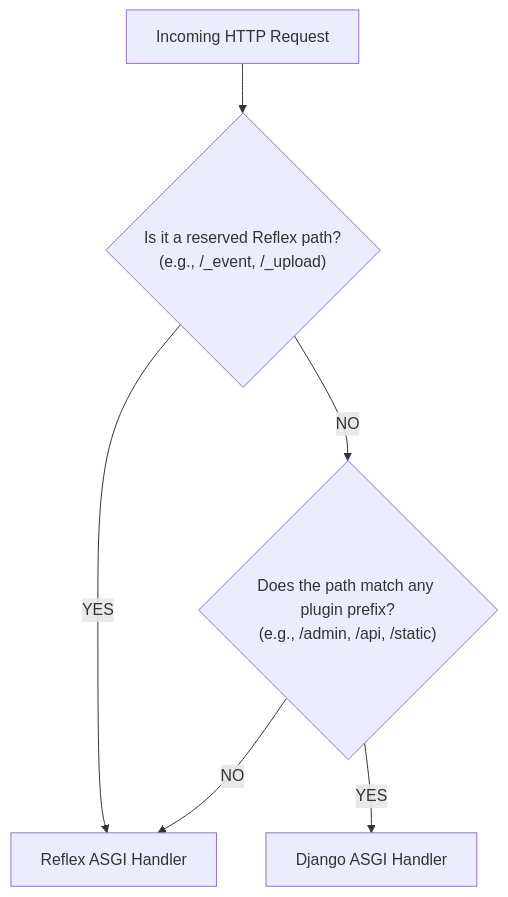
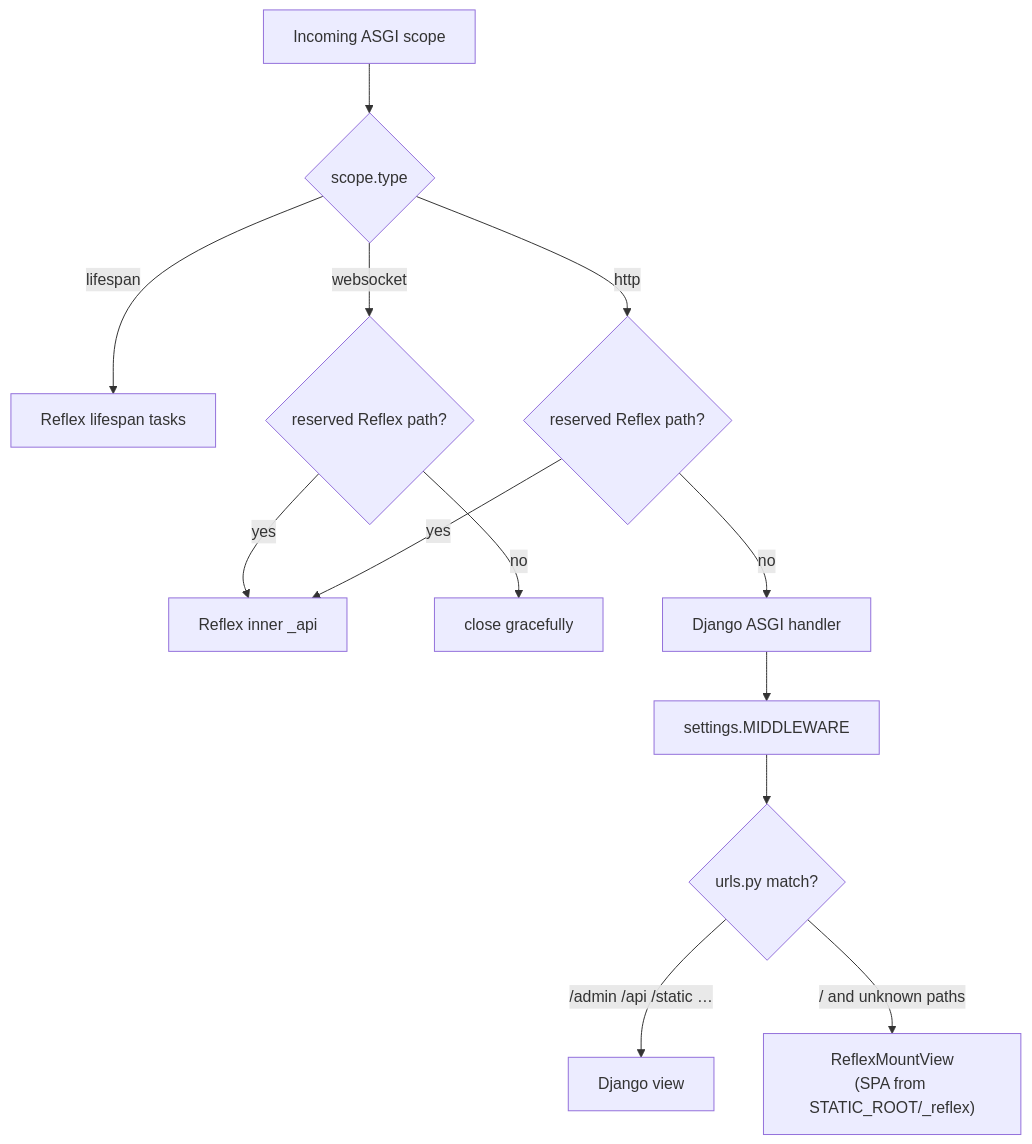
One commit to web7ai/reflex-django changed the diagram in docs/routing.md. Above: the diagram before and after it, drawn with Mermaid. The commit also changed other lines of this file and 11 other files, not shown here.

Commit message:
docs: enhance architecture, CLI, configuration, and deployment documentation for `reflex-django`; clarify single ASGI process model, update command usage, and refine configuration details for improved user understanding

````diff
--- a/docs/routing.md
+++ b/docs/routing.md
@@ -79,8 +70,15 @@
 ```mermaid
 flowchart TD
-  A["Incoming HTTP Request"] --> B{"Is it a reserved Reflex path?\n(e.g., /_event, /_upload)"}
-  B -->|YES| C["Reflex ASGI Handler"]
-  B -->|NO| D{"Does the path match any plugin prefix?\n(e.g., /admin, /api, /static)"}
-  D -->|YES| E["Django ASGI Handler"]
-  D -->|NO| C
+  A["Incoming ASGI scope"] --> B{"scope.type"}
+  B -->|lifespan| L["Reflex lifespan tasks"]
+  B -->|websocket| W{"reserved Reflex path?"}
+  W -->|yes| R["Reflex inner _api"]
+  W -->|no| X["close gracefully"]
+  B -->|http| H{"reserved Reflex path?"}
+  H -->|yes| R
+  H -->|no| D["Django ASGI handler"]
+  D --> M["settings.MIDDLEWARE"]
+  M --> U{"urls.py match?"}
+  U -->|/admin /api /static …| V["Django view"]
+  U -->|/ and unknown paths| S["ReflexMountView<br/>(SPA from STATIC_ROOT/_reflex)"]
 ```
````
